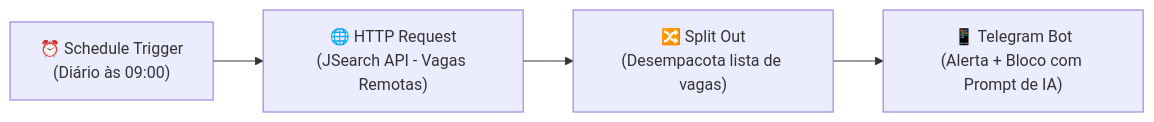
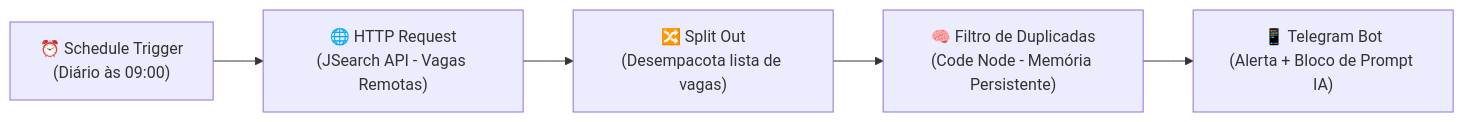
Before and after one commit to Jntgirardi/monitor-de-vagas-n8n: the diagram in README.md, drawn with Mermaid. The commit also changed other lines of this file and 1 other file, not shown here.

Commit message:
feat: adiciona filtro inteligente de vagas duplicadas com persistencia em memoria

````diff
--- a/README.md
+++ b/README.md
@@ -9,6 +9,7 @@
 ```mermaid
 flowchart LR
     A["⏰ Schedule Trigger<br>(Diário às 09:00)"] --> B["🌐 HTTP Request<br>(JSearch API - Vagas Remotas)"]
     B --> C["🔀 Split Out<br>(Desempacota lista de vagas)"]
-    C --> D["📱 Telegram Bot<br>(Alerta + Bloco com Prompt de IA)"]
+    C --> D["🧠 Filtro de Duplicadas<br>(Code Node - Memória Persistente)"]
+    D --> E["📱 Telegram Bot<br>(Alerta + Bloco de Prompt IA)"]
 ```
````
